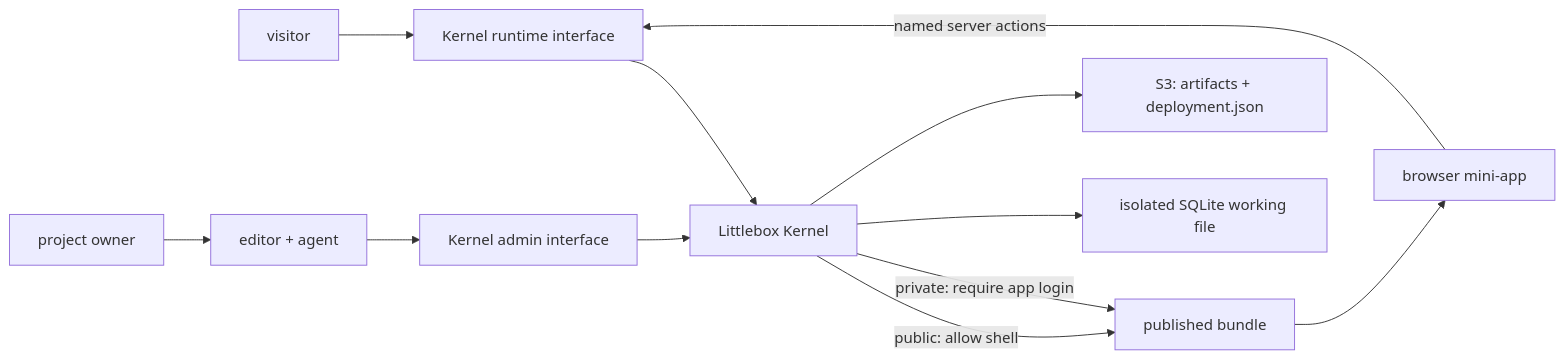
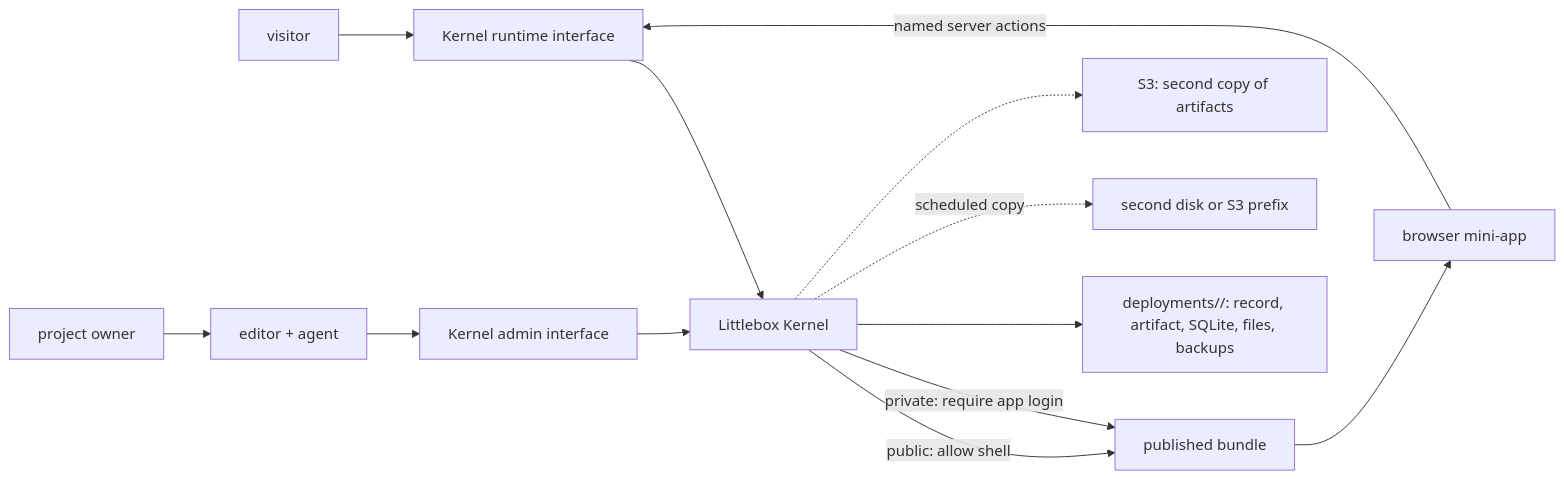
Before and after one commit to danibram/konae: the second of 2 diagrams in docs/architecture.md, drawn with Mermaid. The commit also changed other lines of this file and 6 other files, not shown here.

````diff
--- a/docs/architecture.md
+++ b/docs/architecture.md
@@ -43,14 +43,15 @@
 ```mermaid
 flowchart LR
   V["visitor"] --> RI["Kernel runtime interface"]
   RI --> K["Littlebox Kernel"]
   K -->|"public: allow shell"| C["published bundle"]
   K -->|"private: require app login"| C
   C --> B["browser mini-app"]
   B -->|"named server actions"| RI
-  K --> DB["isolated SQLite working file"]
-  K --> S3["S3: artifacts + deployment.json"]
+  K --> DB["deployments/<id>/: record, artifact, SQLite, files, backups"]
+  K -.->|"scheduled copy"| CP["second disk or S3 prefix"]
+  K -.-> S3["S3: second copy of artifacts"]
   O["project owner"] --> E["editor + agent"]
   E --> AI["Kernel admin interface"]
   AI --> K
 ```
````
